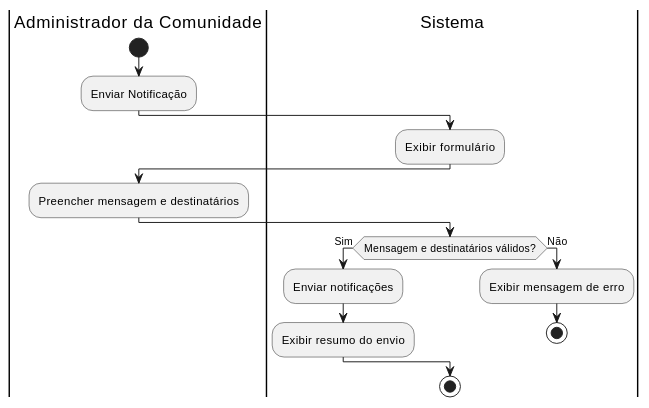
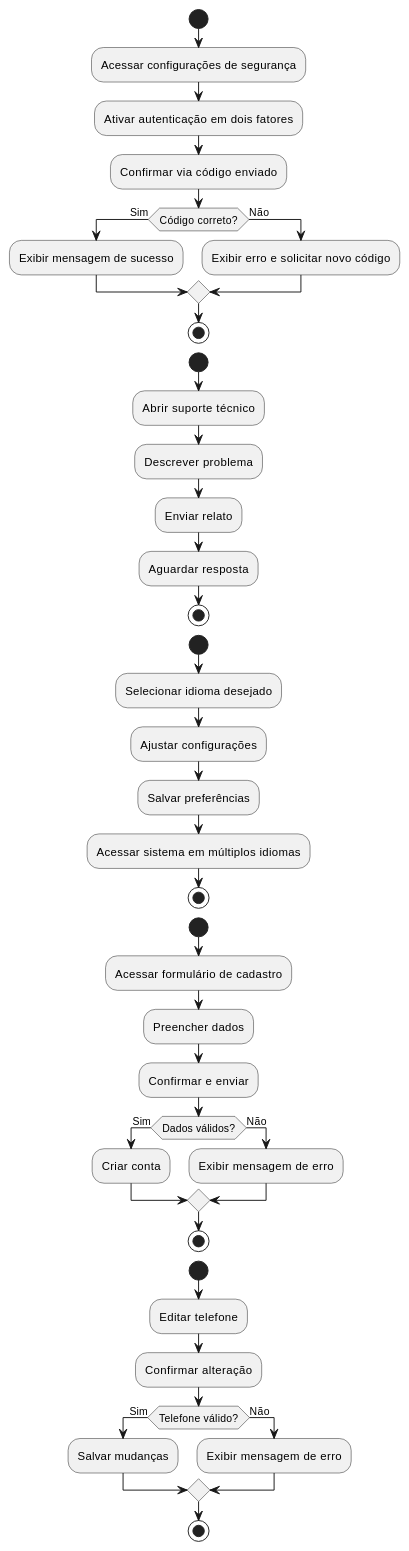
Before and after one commit to agu3des/CommunityLink: the fourth of 16 diagrams in aps/specs/diagrama-de-atividades/uml_diagrama_atividades.md, drawn with PlantUML. The commit also changed other lines of this file and 28 other files, not shown here.

```diff
--- a/aps/specs/diagrama-de-atividades/uml_diagrama_atividades.md
+++ b/aps/specs/diagrama-de-atividades/uml_diagrama_atividades.md
@@ -51,18 +110,47 @@
 @startuml
-|Administrador da Comunidade|
 start
-:Enviar Notificação;
-|Sistema|
-:Exibir formulário;
-|Administrador da Comunidade|
-:Preencher mensagem e destinatários;
-|Sistema|
-if (Mensagem e destinatários válidos?) then (Sim)
-    :Enviar notificações;
-    :Exibir resumo do envio;
+:Acessar configurações de segurança;
+:Ativar autenticação em dois fatores;
+:Confirmar via código enviado;
+if (Código correto?) then (Sim)
+    :Exibir mensagem de sucesso;
+else (Não)
+    :Exibir erro e solicitar novo código;
+endif
+stop
+
+start
+:Abrir suporte técnico;
+:Descrever problema;
+:Enviar relato;
+:Aguardar resposta;
+stop
+
+start
+:Selecionar idioma desejado;
+:Ajustar configurações;
+:Salvar preferências;
+:Acessar sistema em múltiplos idiomas;
+stop
+
+start
+:Acessar formulário de cadastro;
+:Preencher dados;
+:Confirmar e enviar;
+if (Dados válidos?) then (Sim)
+    :Criar conta;
 else (Não)
     :Exibir mensagem de erro;
-    stop
+endif
+stop
+
+start
+:Editar telefone;
+:Confirmar alteração;
+if (Telefone válido?) then (Sim)
+    :Salvar mudanças;
+else (Não)
+    :Exibir mensagem de erro;
 endif
 stop
 @enduml
```
